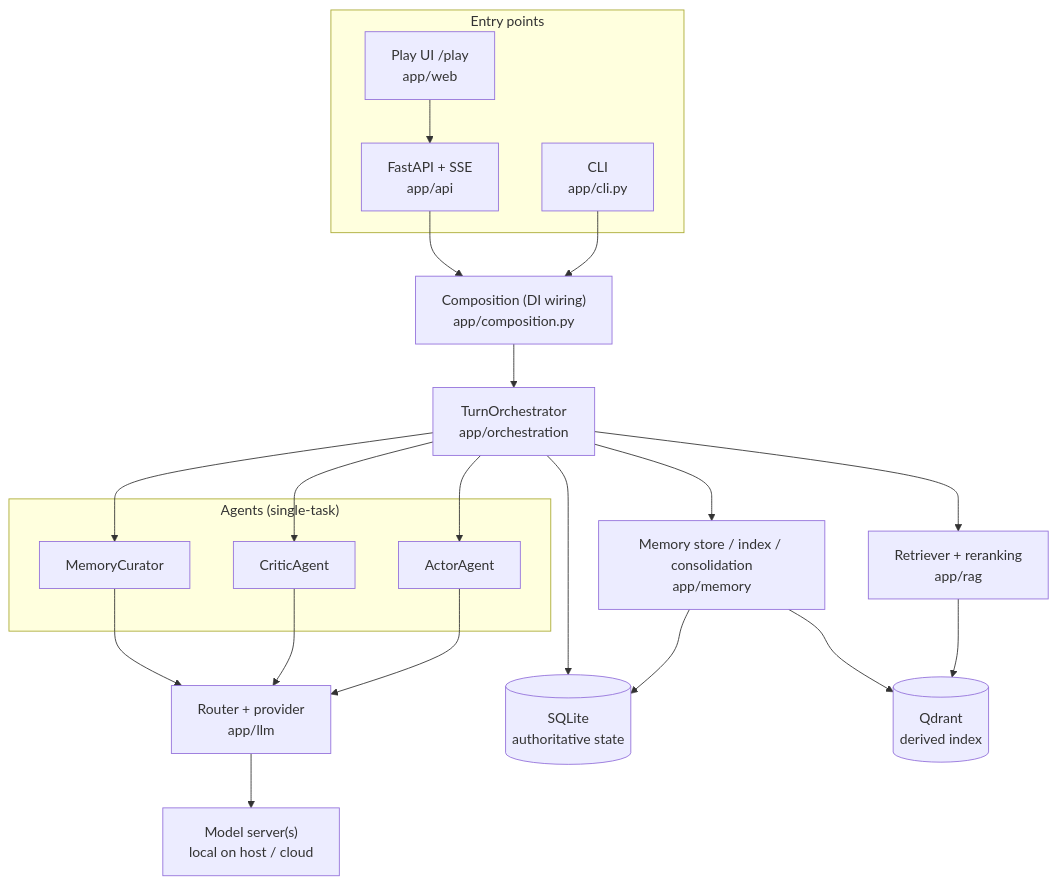
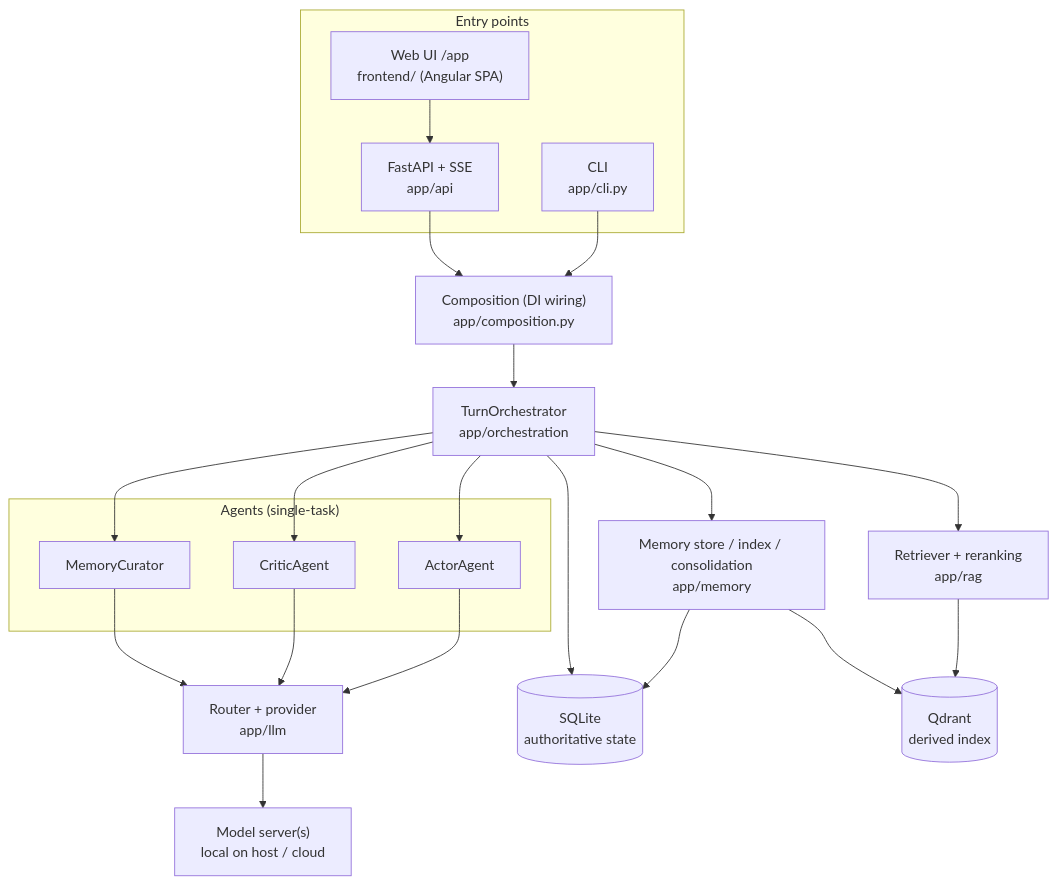
Before and after one commit to hofdo/RoleRAG_POC: the first of 3 diagrams in docs/README.md, drawn with Mermaid. The commit also changed other lines of this file and 13 other files, not shown here.

````diff
--- a/docs/README.md
+++ b/docs/README.md
@@ -17,37 +17,37 @@
 ```mermaid
 flowchart TD
     subgraph entry["Entry points"]
       CLI["CLI<br/>app/cli.py"]
       API["FastAPI + SSE<br/>app/api"]
-      WEB["Play UI /play<br/>app/web"]
+      WEB["Web UI /app<br/>frontend/ (Angular SPA)"]
     end
     COMP["Composition (DI wiring)<br/>app/composition.py"]
     ORCH["TurnOrchestrator<br/>app/orchestration"]
     subgraph agents["Agents (single-task)"]
       ACT["ActorAgent"]
       CRIT["CriticAgent"]
       CUR["MemoryCurator"]
     end
     LLM["Router + provider<br/>app/llm"]
     RAG["Retriever + reranking<br/>app/rag"]
     MEMSYS["Memory store / index / consolidation<br/>app/memory"]
     DB[("SQLite<br/>authoritative state")]
     QD[("Qdrant<br/>derived index")]
     MODEL["Model server(s)<br/>local on host / cloud"]
 
     WEB --> API
     CLI --> COMP
     API --> COMP
     COMP --> ORCH
     ORCH --> ACT & CRIT & CUR
     ORCH --> RAG
     ORCH --> MEMSYS
     ACT --> LLM
     CRIT --> LLM
     CUR --> LLM
     LLM --> MODEL
     RAG --> QD
     MEMSYS --> DB
     MEMSYS --> QD
     ORCH --> DB
 ```
````
